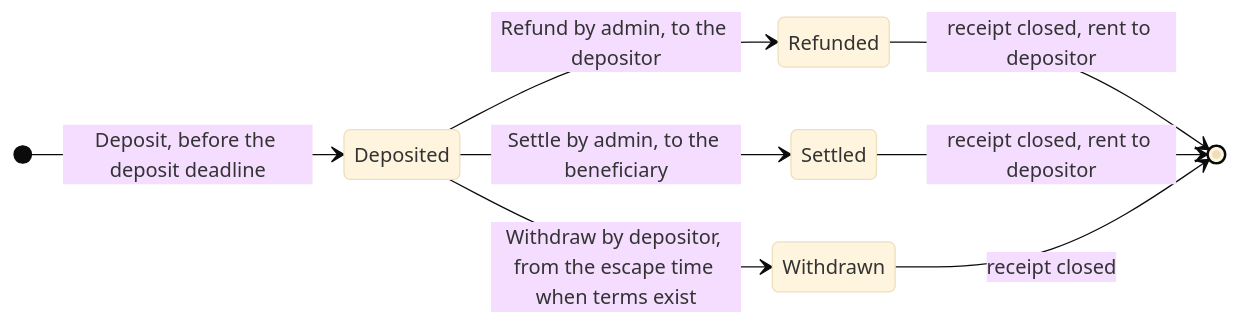
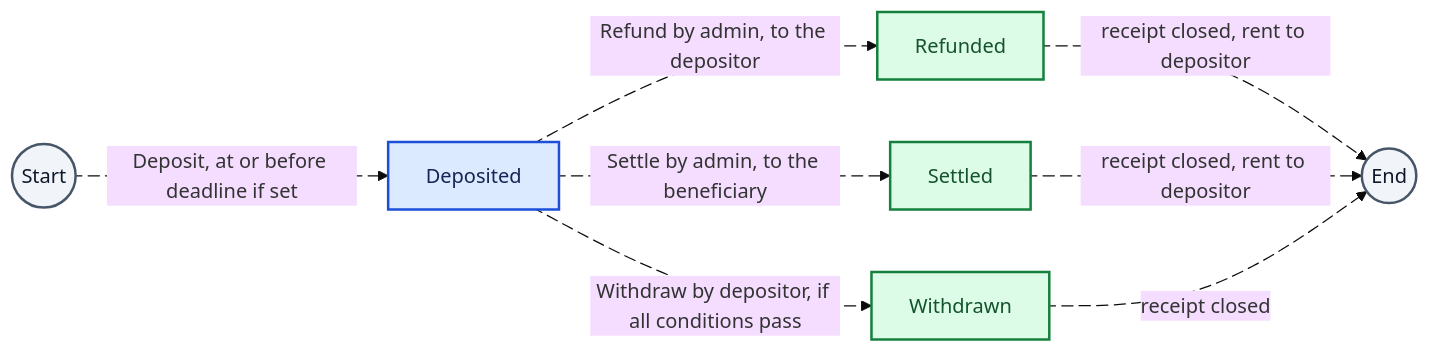
Before and after one commit to visit-airspace/airspace-contracts: the third of 7 diagrams in README.md, drawn with Mermaid (base theme). The commit also changed other lines of this file, not shown here.

Commit message:
docs: clarify sponsor trust and animate contract diagrams

````diff
--- a/README.md
+++ b/README.md
@@ -80,11 +123,23 @@
 ```mermaid
-stateDiagram-v2
-    direction LR
-    [*] --> Deposited: Deposit, before the deposit deadline
-    Deposited --> Refunded: Refund by admin, to the depositor
-    Deposited --> Settled: Settle by admin, to the beneficiary
-    Deposited --> Withdrawn: Withdraw by depositor, from the escape time when terms exist
-    Refunded --> [*]: receipt closed, rent to depositor
-    Settled --> [*]: receipt closed, rent to depositor
-    Withdrawn --> [*]: receipt closed
+flowchart LR
+    Start((Start)) e1@-->|Deposit, at or before deadline if set| Deposited[Deposited]
+    Deposited e2@-->|Refund by admin, to the depositor| Refunded[Refunded]
+    Deposited e3@-->|Settle by admin, to the beneficiary| Settled[Settled]
+    Deposited e4@-->|Withdraw by depositor, if all conditions pass| Withdrawn[Withdrawn]
+    Refunded e5@-->|receipt closed, rent to depositor| Done((End))
+    Settled e6@-->|receipt closed, rent to depositor| Done
+    Withdrawn e7@-->|receipt closed| Done
+    e1@{ animation: slow }
+    e2@{ animation: slow }
+    e3@{ animation: slow }
+    e4@{ animation: slow }
+    e5@{ animation: slow }
+    e6@{ animation: slow }
+    e7@{ animation: slow }
+    classDef sponsor fill:#DBEAFE,stroke:#1D4ED8,color:#172554,stroke-width:2px;
+    class Deposited sponsor;
+    classDef money fill:#DCFCE7,stroke:#15803D,color:#14532D,stroke-width:2px;
+    class Refunded,Settled,Withdrawn money;
+    classDef record fill:#F1F5F9,stroke:#475569,color:#0F172A,stroke-width:2px;
+    class Start,Done record;
 ```
````
